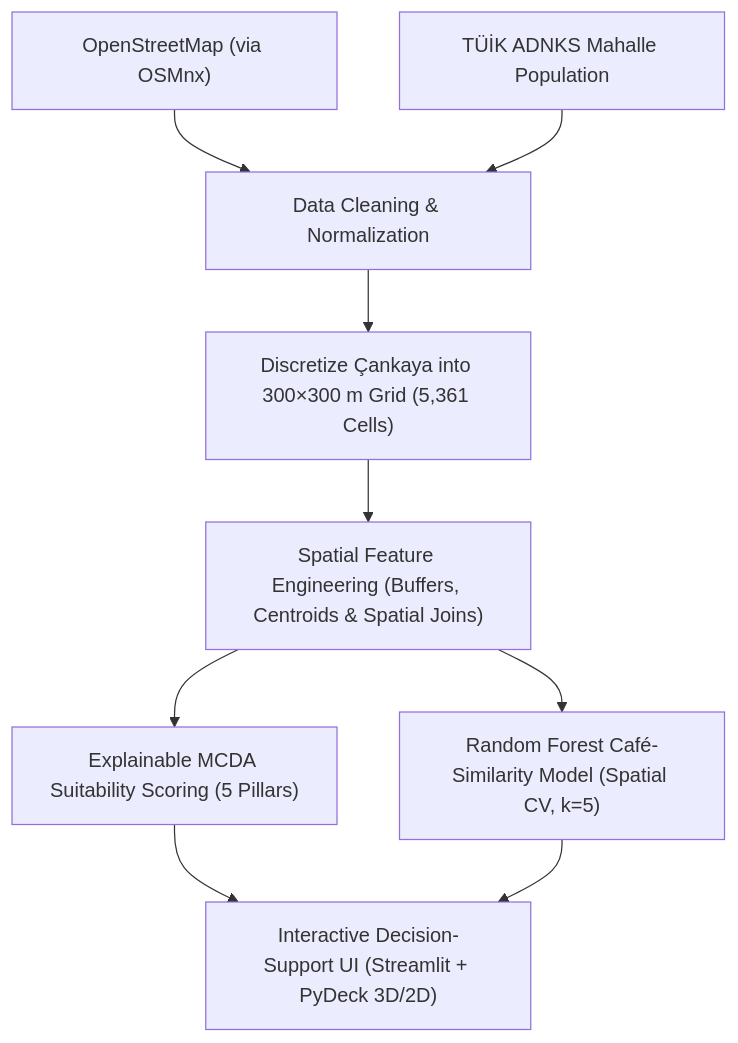
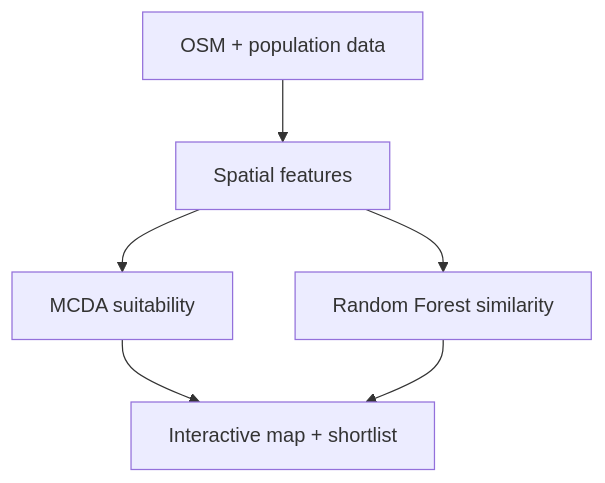
Before and after one commit to edasaruhan/SIC_AI_17_Capstone_Group_6: the diagram in README.md, drawn with Mermaid. The commit also changed other lines of this file, not shown here.

````diff
--- a/README.md
+++ b/README.md
@@ -23,11 +33,8 @@
 ```mermaid
 flowchart TD
-    A["OpenStreetMap (via OSMnx)"] --> B["Data Cleaning & Normalization"]
-    T["TÜİK ADNKS Mahalle Population"] --> B
-    B --> C["Discretize Çankaya into 300×300 m Grid (5,361 Cells)"]
-    C --> D["Spatial Feature Engineering (Buffers, Centroids & Spatial Joins)"]
-    D --> E["Explainable MCDA Suitability Scoring (5 Pillars)"]
-    D --> F["Random Forest Café-Similarity Model (Spatial CV, k=5)"]
-    E --> G["Interactive Decision-Support UI (Streamlit + PyDeck 3D/2D)"]
-    F --> G
+    A["OSM + population data"] --> B["Spatial features"]
+    B --> C["MCDA suitability"]
+    B --> D["Random Forest similarity"]
+    C --> E["Interactive map + shortlist"]
+    D --> E
 ```
````
